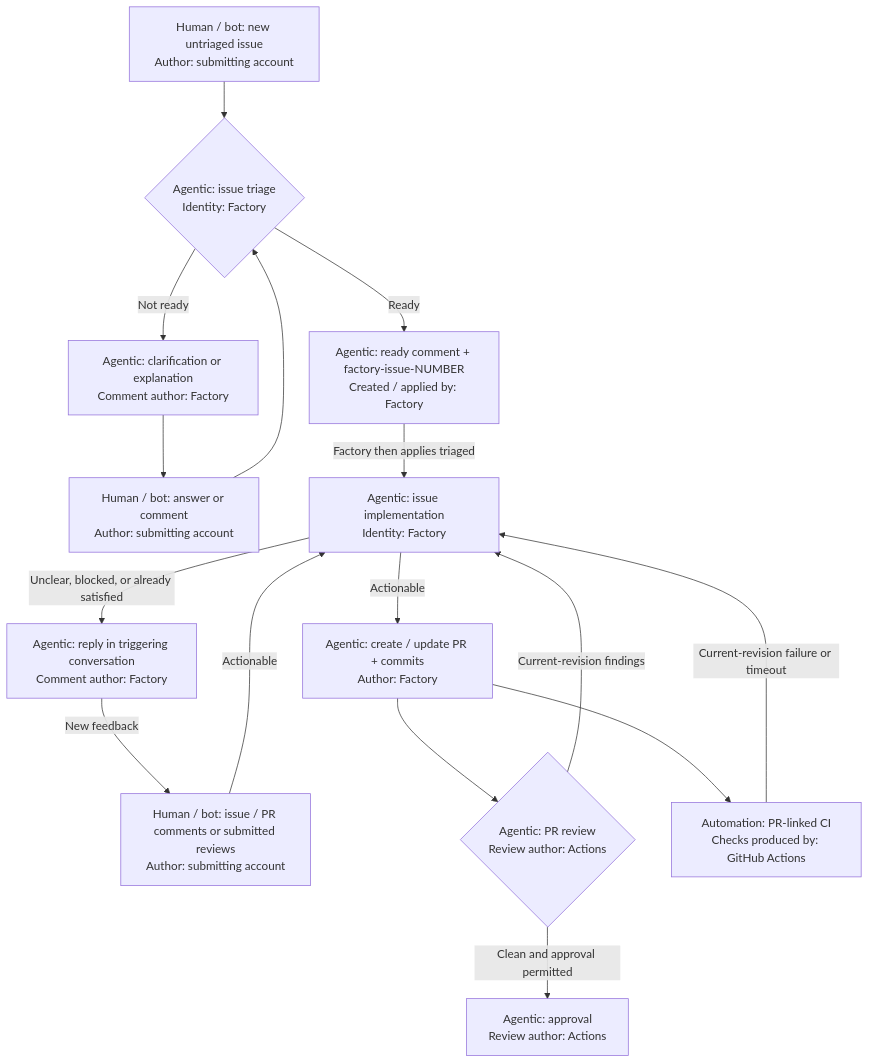
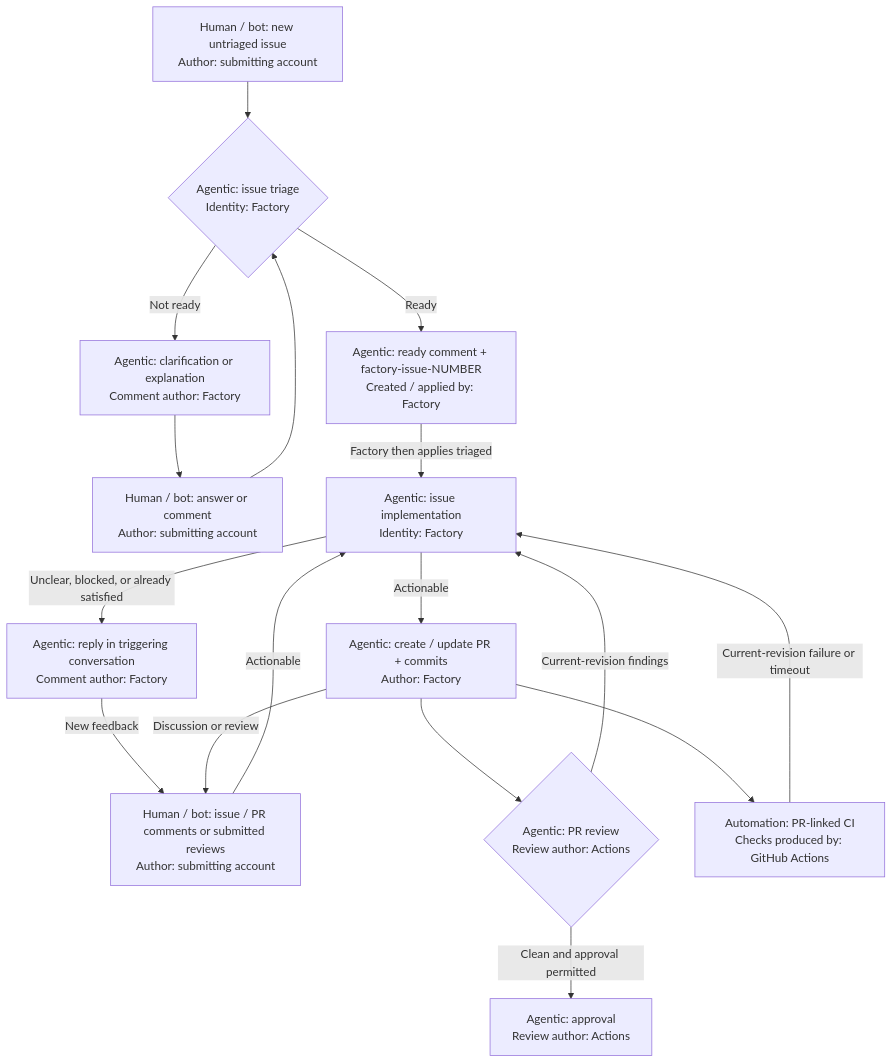
The diagram in README.md (VasiliyNovikov/Factory), drawn with Mermaid before and after one commit. The commit also changed other lines of this file, not shown here.

Commit message:
docs: connect PR feedback to implementation

````diff
--- a/README.md
+++ b/README.md
@@ -21,18 +22,19 @@
 ```mermaid
 flowchart TD
     issue["Human / bot: new untriaged issue<br/>Author: submitting account"] --> triage{"Agentic: issue triage<br/>Identity: Factory"}
     triage -->|Not ready| clarification["Agentic: clarification or explanation<br/>Comment author: Factory"]
     clarification --> answer["Human / bot: answer or comment<br/>Author: submitting account"]
     answer --> triage
     triage -->|Ready| tracking["Agentic: ready comment + factory-issue-NUMBER<br/>Created / applied by: Factory"]
     tracking -->|Factory then applies triaged| implementation["Agentic: issue implementation<br/>Identity: Factory"]
     implementation -->|Actionable| pr["Agentic: create / update PR + commits<br/>Author: Factory"]
     implementation -->|Unclear, blocked, or already satisfied| reply["Agentic: reply in triggering conversation<br/>Comment author: Factory"]
     reply -->|New feedback| feedback["Human / bot: issue / PR comments or submitted reviews<br/>Author: submitting account"]
     feedback -->|Actionable| implementation
     pr --> review{"Agentic: PR review<br/>Review author: Actions"}
     review -->|Current-revision findings| implementation
     review -->|Clean and approval permitted| approval["Agentic: approval<br/>Review author: Actions"]
     pr --> ci["Automation: PR-linked CI<br/>Checks produced by: GitHub Actions"]
+    pr -->|Discussion or review| feedback
     ci -->|Current-revision failure or timeout| implementation
 ```
````
